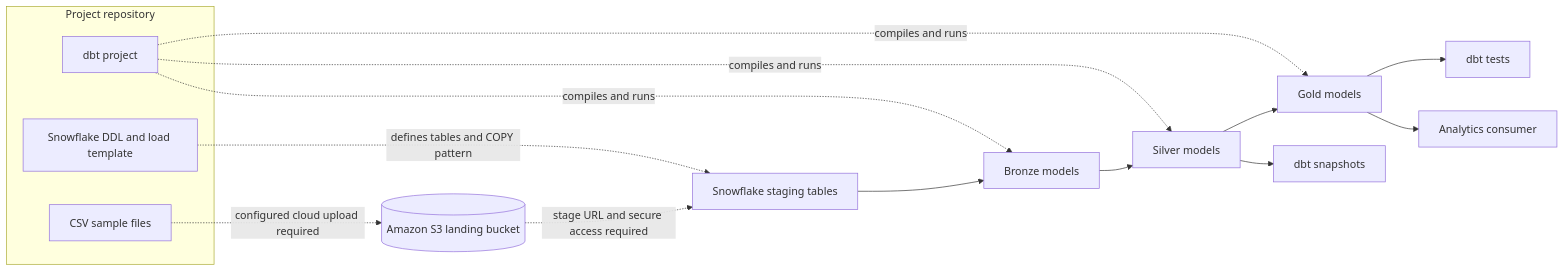
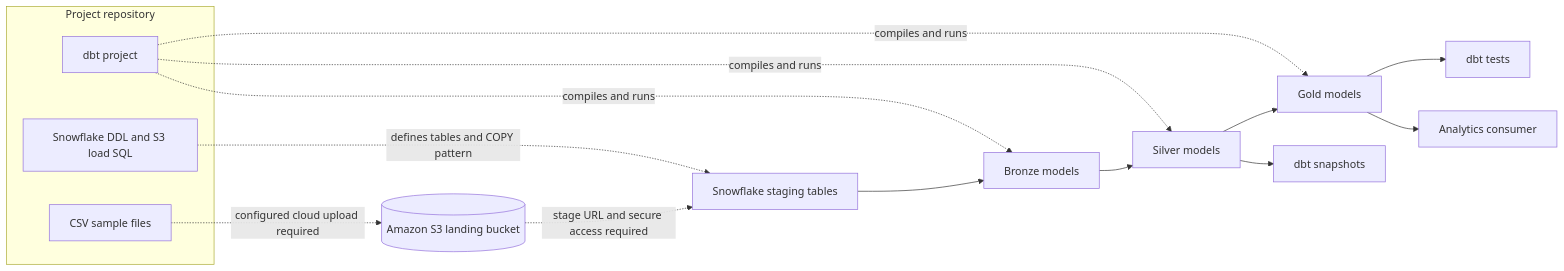
Before and after one commit to yousseffwaleed/airbnb-enterprise-data-platform: the first of 3 diagrams in README.md, drawn with Mermaid. The commit also changed other lines of this file and 16 other files, not shown here.

````diff
--- a/README.md
+++ b/README.md
@@ -24,21 +25,21 @@
 ```mermaid
 flowchart LR
     subgraph Repo[Project repository]
         CSV[CSV sample files]
-        DDL[Snowflake DDL and load template]
+        DDL[Snowflake DDL and S3 load SQL]
         DBT[dbt project]
     end
 
     CSV -. configured cloud upload required .-> S3[(Amazon S3 landing bucket)]
     S3 -. stage URL and secure access required .-> RAW[Snowflake staging tables]
     DDL -. defines tables and COPY pattern .-> RAW
     RAW --> BR[Bronze models]
     BR --> SI[Silver models]
     SI --> GO[Gold models]
     SI --> SNAP[dbt snapshots]
     GO --> TEST[dbt tests]
     GO --> BI[Analytics consumer]
     DBT -. compiles and runs .-> BR
     DBT -. compiles and runs .-> SI
     DBT -. compiles and runs .-> GO
 ```
````
